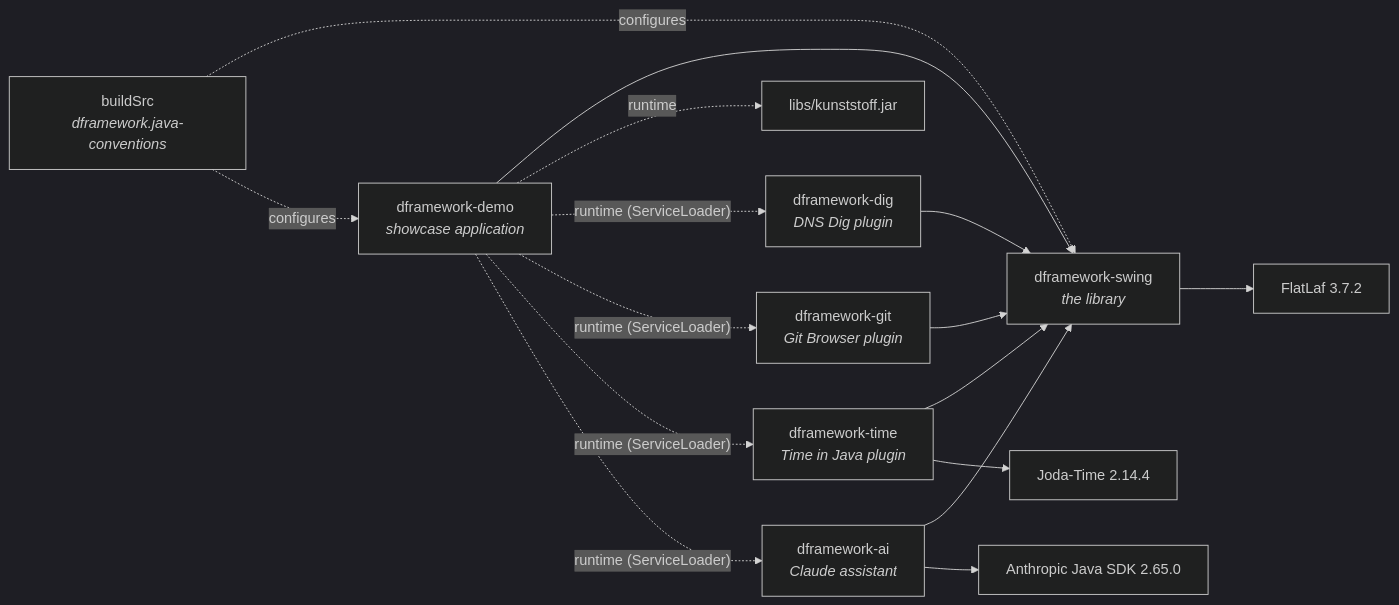
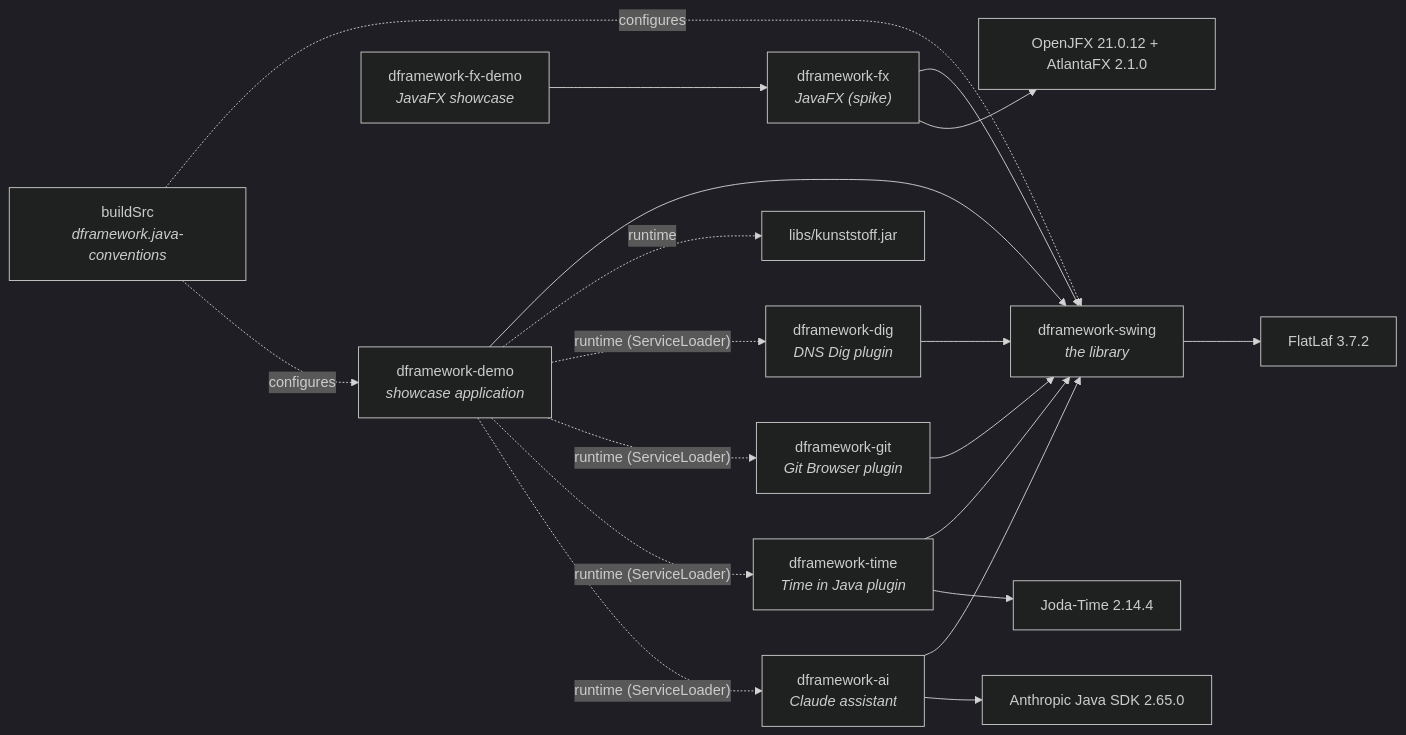
Before and after one commit to dalixinc/dframework: the diagram in docs/TECHNICAL_MANUAL.md, drawn with Mermaid (dark theme). The commit also changed other lines of this file and 18 other files, not shown here.

First line of the commit message:
JavaFX spike: DStage, live AtlantaFX themes and DTextField

````diff
--- a/docs/TECHNICAL_MANUAL.md
+++ b/docs/TECHNICAL_MANUAL.md
@@ -129,18 +129,21 @@
 ```mermaid
 graph LR
     demo["dframework-demo<br/><i>showcase application</i>"] --> swing["dframework-swing<br/><i>the library</i>"]
     dig["dframework-dig<br/><i>DNS Dig plugin</i>"] --> swing
     swing --> flatlaf["FlatLaf 3.7.2"]
     demo -. runtime .-> kunst["libs/kunststoff.jar"]
     demo -. "runtime (ServiceLoader)" .-> dig
     git["dframework-git<br/><i>Git Browser plugin</i>"] --> swing
     demo -. "runtime (ServiceLoader)" .-> git
     time["dframework-time<br/><i>Time in Java plugin</i>"] --> swing
     time --> joda["Joda-Time 2.14.4"]
     demo -. "runtime (ServiceLoader)" .-> time
+    fx["dframework-fx<br/><i>JavaFX (spike)</i>"] --> swing
+    fx --> openjfx["OpenJFX 21.0.12 + AtlantaFX 2.1.0"]
+    fxdemo["dframework-fx-demo<br/><i>JavaFX showcase</i>"] --> fx
     ai["dframework-ai<br/><i>Claude assistant</i>"] --> swing
     ai --> sdk["Anthropic Java SDK 2.65.0"]
     demo -. "runtime (ServiceLoader)" .-> ai
     buildSrc["buildSrc<br/><i>dframework.java-conventions</i>"] -. configures .-> swing
     buildSrc -. configures .-> demo
 ```
````
